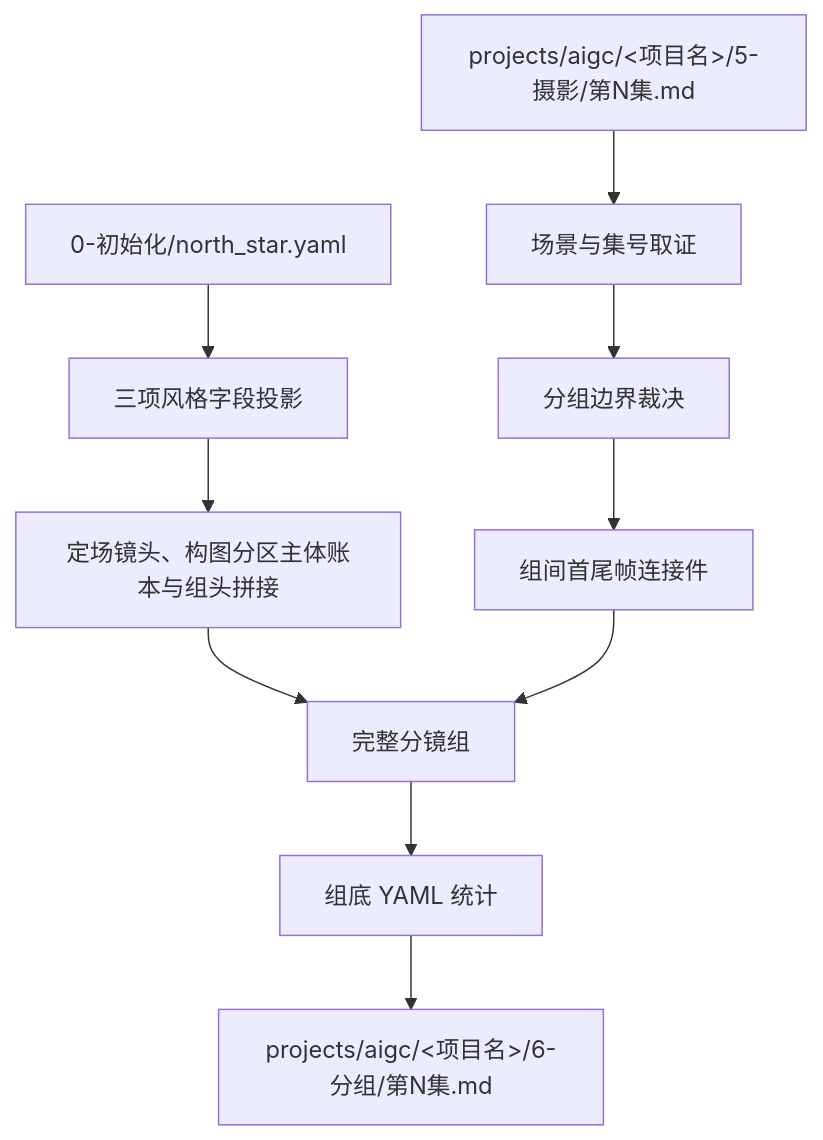
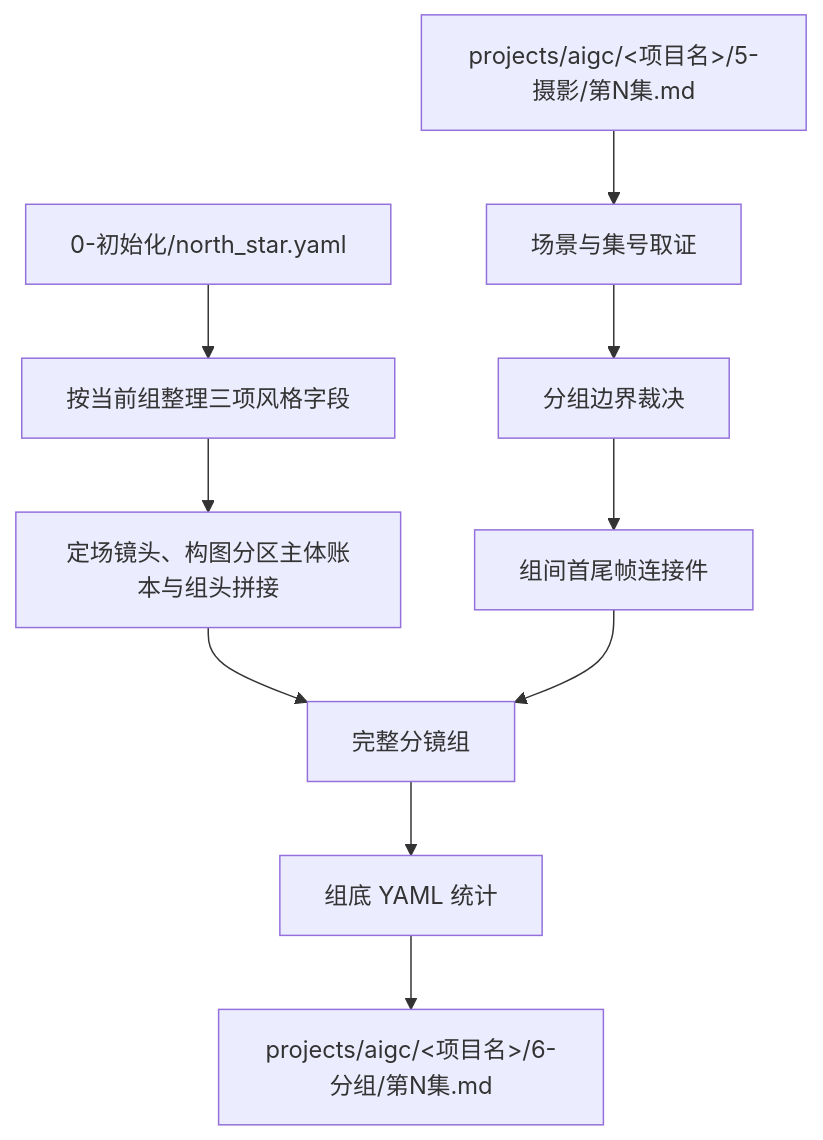
The first of 4 diagrams in .agents/skills/aigc/6-分组/SKILL.md (ZEN-VOID/AI-CUT), drawn with Mermaid before and after one commit. The commit also changed other lines of this file and 36 other files, not shown here.

````diff
--- a/.agents/skills/aigc/6-分组/SKILL.md
+++ b/.agents/skills/aigc/6-分组/SKILL.md
@@ -88,12 +88,12 @@
 ```mermaid
 flowchart TD
     A["projects/aigc/<项目名>/5-摄影/第N集.md"] --> B["场景与集号取证"]
-    C["0-初始化/north_star.yaml"] --> D["三项风格字段投影"]
+    C["0-初始化/north_star.yaml"] --> D["按当前组整理三项风格字段"]
     B --> E["分组边界裁决"]
     D --> F["定场镜头、构图分区主体账本与组头拼接"]
     E --> G["组间首尾帧连接件"]
     F --> H["完整分镜组"]
     G --> H
     H --> I["组底 YAML 统计"]
     I --> J["projects/aigc/<项目名>/6-分组/第N集.md"]
 ```
````
